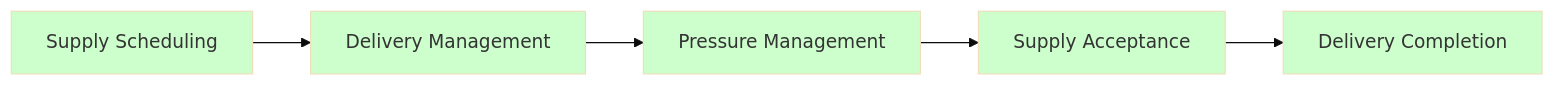
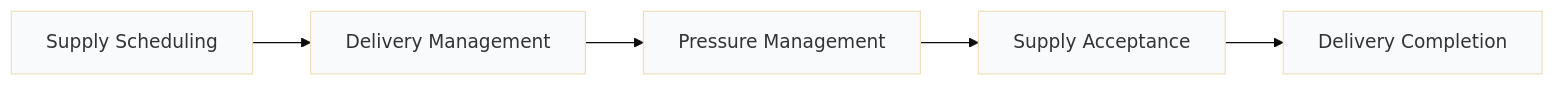
One commit to esimplicityinc/water-demo changed the fourth of 7 diagrams in docs/bdd/03-feature-index.md. Above: the diagram before and after it, drawn with Mermaid (base theme). The commit also changed other lines of this file and 39 other files, not shown here.

````diff
--- a/docs/bdd/03-feature-index.md
+++ b/docs/bdd/03-feature-index.md
@@ -105,13 +508,13 @@
 ```mermaid
 graph LR
     A[Supply Scheduling] --> B[Delivery Management]
     B --> C[Pressure Management]
     C --> D[Supply Acceptance]
     D --> E[Delivery Completion]
 
-    style A fill:#ccffcc
-    style B fill:#ccffcc
-    style C fill:#ccffcc
-    style D fill:#ccffcc
-    style E fill:#ccffcc
+    style A fill:#f8fafc
+    style B fill:#f8fafc
+    style C fill:#f8fafc
+    style D fill:#f8fafc
+    style E fill:#f8fafc
 ```
````
